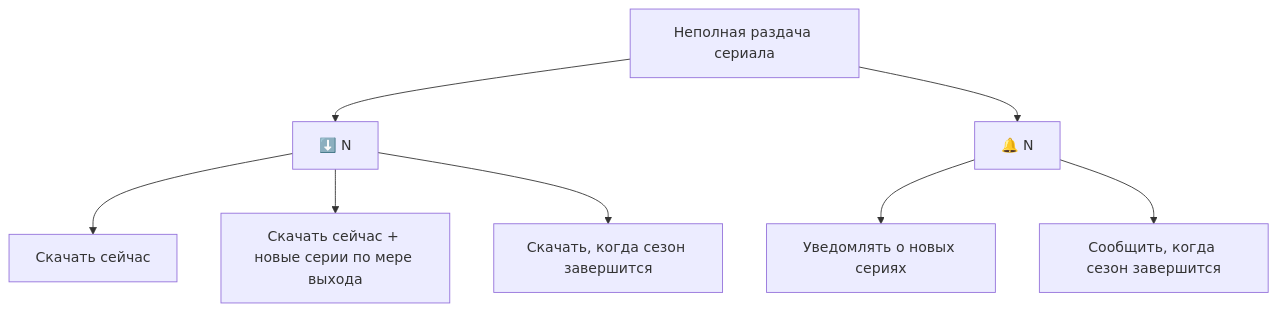
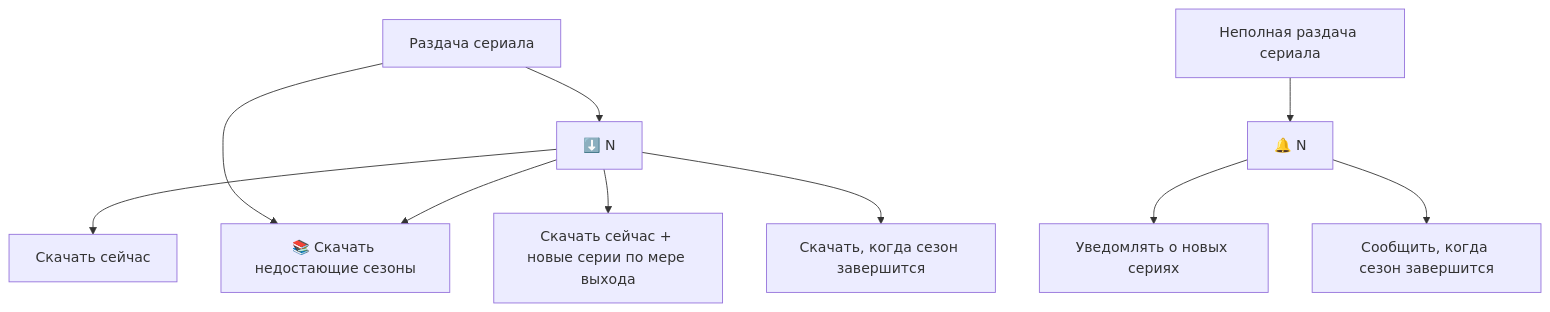
Before and after one commit to KiMorev/tg-torrent-bot: the second of 3 diagrams in README.md, drawn with Mermaid. The commit also changed other lines of this file and 5 other files, not shown here.

````diff
--- a/README.md
+++ b/README.md
@@ -87,10 +92,12 @@
 ```mermaid
 flowchart TD
-    result["Неполная раздача сериала"] --> download["⬇️ N"]
-    result --> notify["🔔 N"]
+    result["Раздача сериала"] --> download["⬇️ N"]
+    result --> bulk["📚 Скачать недостающие сезоны"]
+    partial["Неполная раздача сериала"] --> notify["🔔 N"]
     download --> now["Скачать сейчас"]
+    download --> bulk
     download --> now_updates["Скачать сейчас + новые серии по мере выхода"]
     download --> wait_full["Скачать, когда сезон завершится"]
     notify --> each["Уведомлять о новых сериях"]
     notify --> final["Сообщить, когда сезон завершится"]
 ```
````
